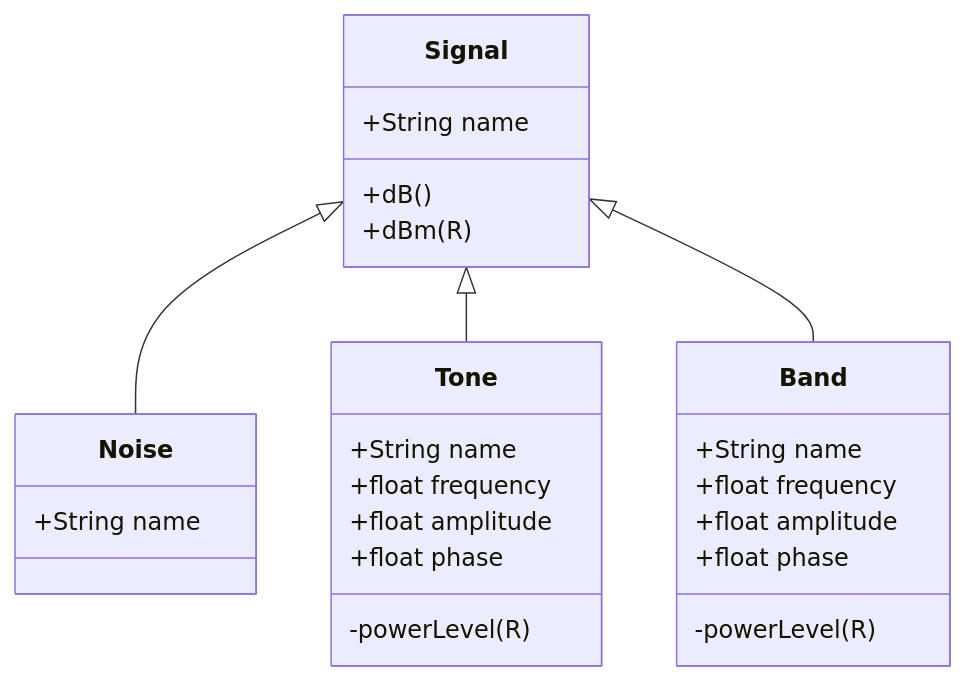
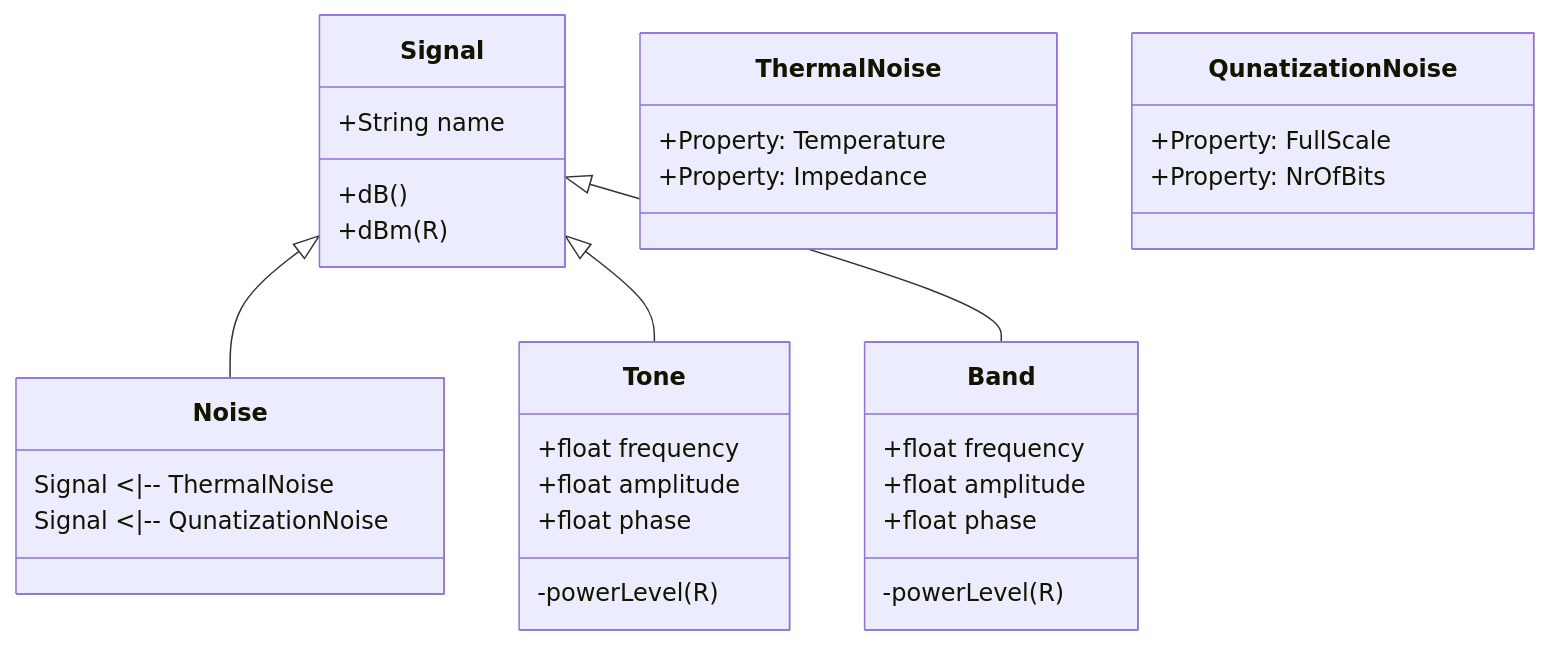
One commit to botondkirei/AmoRF changed the diagram in trunk/AmoRF.md. Above: the diagram before and after it, drawn with Mermaid.

````diff
--- a/trunk/AmoRF.md
+++ b/trunk/AmoRF.md
@@ -1,26 +1,33 @@
 ```mermaid
 classDiagram
     Signal <|-- Noise
     Signal <|-- Tone
     Signal <|-- Band
-    Signal : +String name
+    Signal: +String name
     Signal: +dB()
     Signal: +dBm(R)
     class Noise{
-      +String name
+      Signal <|-- ThermalNoise
+      Signal <|-- QunatizationNoise
     }
     class Tone{
-      +String name
       +float frequency
       +float amplitude
       +float phase
       -powerLevel(R)
     }
     class Band{
-      +String name
       +float frequency
       +float amplitude
       +float phase
       -powerLevel(R)
     }
+    class ThermalNoise {
+    +Property: Temperature
+    +Property: Impedance
+    }
+    class QunatizationNoise {
+    +Property: FullScale
+    +Property: NrOfBits
+    }     
 ```
````
